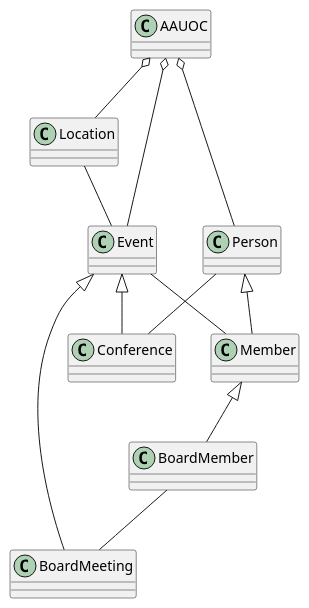
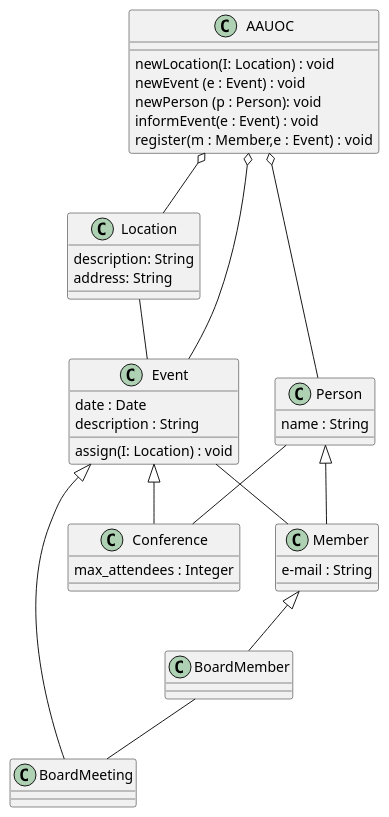
Before and after one commit to Dantesuito/UML-Clases-Daniel-Vital: the diagram in src/Ejercicio.puml, drawn with PlantUML. The commit also changed 1 other file, not shown here.

```diff
--- a/src/Ejercicio.puml
+++ b/src/Ejercicio.puml
@@ -1,30 +1,52 @@
 @startuml
 
-class AAUOC
+class AAUOC{
+newLocation(I: Location) : void
+newEvent (e : Event) : void
+newPerson (p : Person): void
+informEvent(e : Event) : void
+register(m : Member,e : Event) : void
+}
 
-class Location
+class Location{
+description: String
+address: String
+}
 AAUOC o-- Location
 
-class Event
+
+
+class Event{
+date : Date
+description : String
+
+assign(I: Location) : void
+}
 Location -- Event
 AAUOC o-- Event
 
-class Person
+class Person{
+name : String
+}
 AAUOC o-- Person
 
-class Member
+class Member{
+e-mail : String
+}
 Person <|-- Member
 Event -- Member
 
-class Conference
+class Conference{
+max_attendees : Integer
+}
 Event <|-- Conference
 Person -- Conference
 
 class BoardMeeting
 Event <|-- BoardMeeting
 
 class BoardMember
 BoardMember -- BoardMeeting
 Member <|-- BoardMember
 
 @enduml
```
